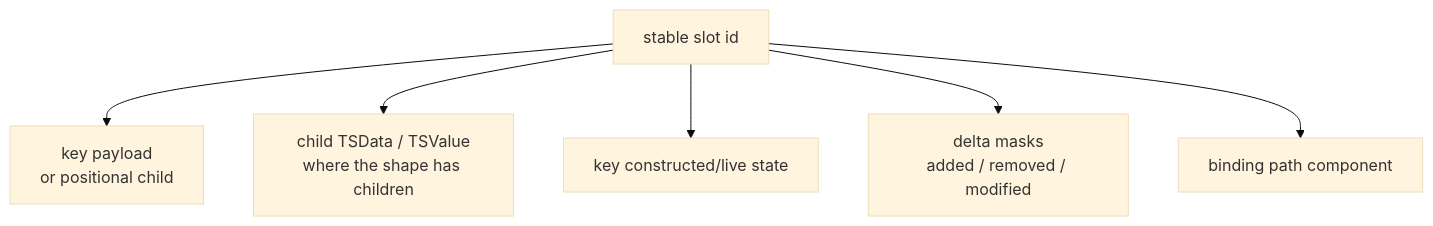
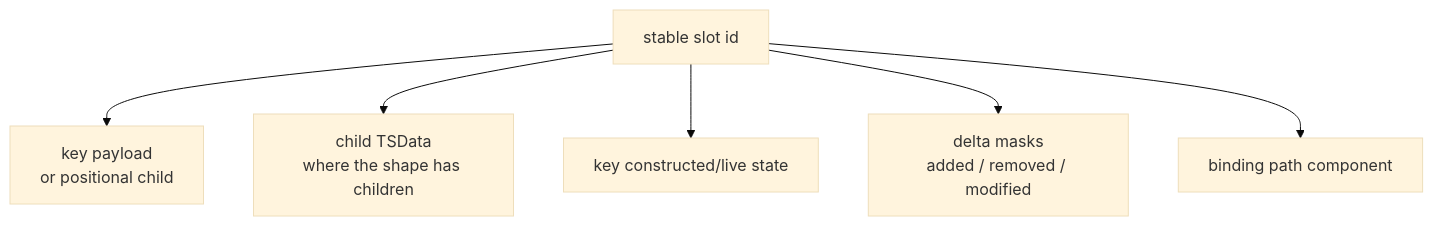
The seventh of 8 diagrams in docs/source/developer_guide/data_structures/plans_and_ops/time_series.rst (hhenson/hg_cpp), drawn with Mermaid (base theme) before and after one commit. The commit also changed other lines of this file and 3 other files, not shown here.

Commit message:
Update docs to remove TSValue and focus on TSInput and TSOutput with TSData taking the role that TSValue would have played.

```diff
--- a/docs/source/developer_guide/data_structures/plans_and_ops/time_series.rst
+++ b/docs/source/developer_guide/data_structures/plans_and_ops/time_series.rst
@@ -572,15 +579,15 @@
 .. mermaid::
 
    flowchart TD
       Slot["stable slot id"]
       KeyPayload["key payload<br/>or positional child"]
-      ChildPayload["child TSData / TSValue<br/>where the shape has children"]
+      ChildPayload["child TSData<br/>where the shape has children"]
       LiveState["key constructed/live state"]
       DeltaMasks["delta masks<br/>added / removed / modified"]
       Path["binding path component"]
 
       Slot --> KeyPayload
       Slot --> ChildPayload
       Slot --> LiveState
       Slot --> DeltaMasks
       Slot --> Path
```
